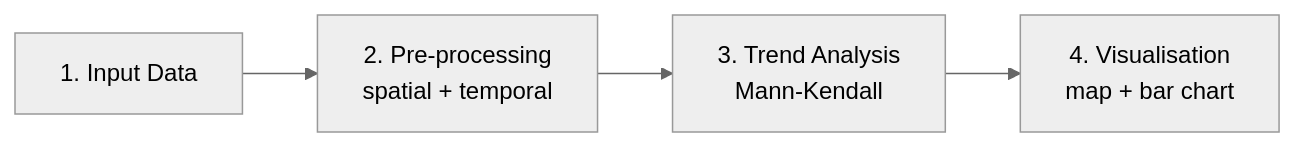
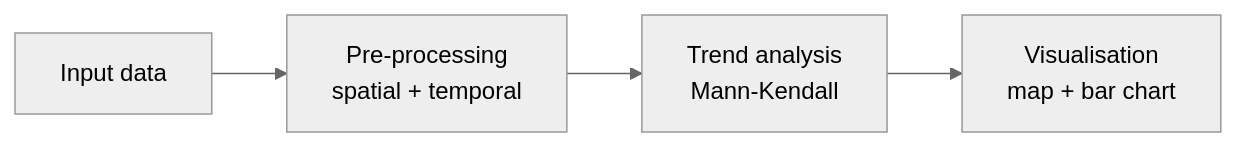
The diagram in docs/trainings/gulf-of-riga/06_workflow_concept.md (Mehrad1994/AquaINFRA_Training_Handbooks), drawn with Mermaid (neutral theme) before and after one commit. The commit also changed other lines of this file and 37 other files, not shown here.

````diff
--- a/docs/trainings/gulf-of-riga/06_workflow_concept.md
+++ b/docs/trainings/gulf-of-riga/06_workflow_concept.md
@@ -37,6 +18,6 @@
 ```mermaid
 flowchart LR
-    A[1. Input Data] --> B[2. Pre-processing<br/>spatial + temporal]
-    B --> C[3. Trend Analysis<br/>Mann-Kendall]
-    C --> D[4. Visualisation<br/>map + bar chart]
+    A[Input data] --> B[Pre-processing<br/>spatial + temporal]
+    B --> C[Trend analysis<br/>Mann-Kendall]
+    C --> D[Visualisation<br/>map + bar chart]
 ```
````
